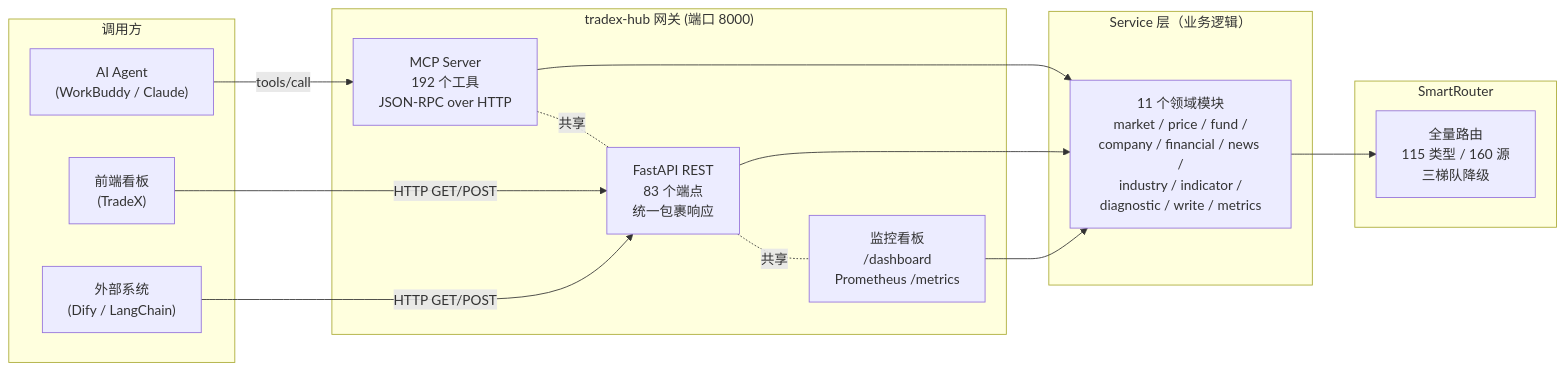
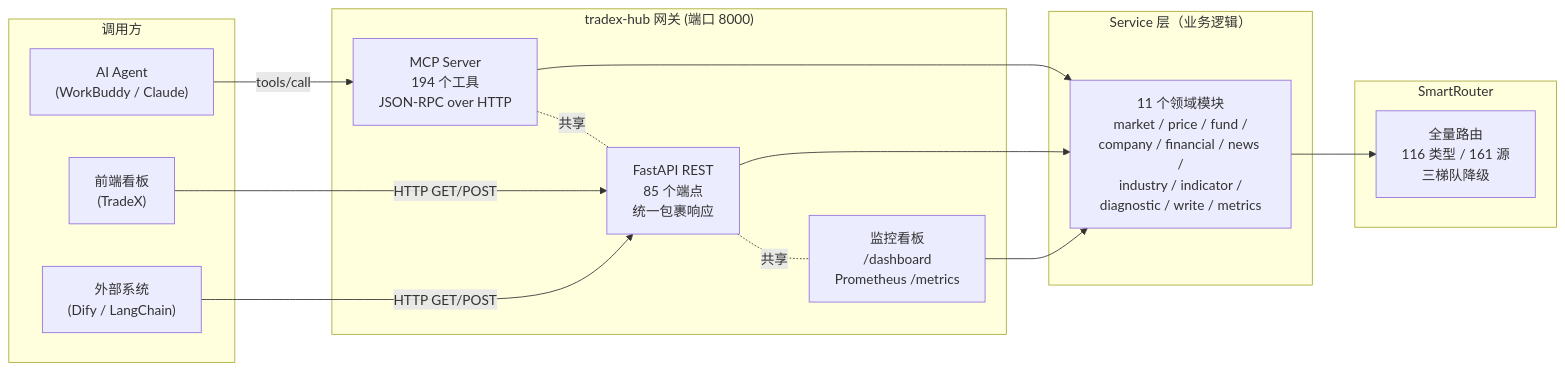
The first of 2 diagrams in README.md (wolfjkd/tradex-hub), drawn with Mermaid before and after one commit. The commit also changed other lines of this file and 18 other files, not shown here.

````diff
--- a/README.md
+++ b/README.md
@@ -100,32 +100,32 @@
 ```mermaid
 flowchart LR
     subgraph Caller["调用方"]
         A1["AI Agent<br/>(WorkBuddy / Claude)"]
         A2["前端看板<br/>(TradeX)"]
         A3["外部系统<br/>(Dify / LangChain)"]
     end
 
     subgraph Gateway["tradex-hub 网关 (端口 8000)"]
-        B1["MCP Server<br/>192 个工具<br/>JSON-RPC over HTTP"]
-        B2["FastAPI REST<br/>83 个端点<br/>统一包裹响应"]
+        B1["MCP Server<br/>194 个工具<br/>JSON-RPC over HTTP"]
+        B2["FastAPI REST<br/>85 个端点<br/>统一包裹响应"]
         B3["监控看板<br/>/dashboard<br/>Prometheus /metrics"]
         B1 -.共享.- B2
         B2 -.共享.- B3
     end
 
     subgraph Service["Service 层（业务逻辑）"]
         C1["11 个领域模块<br/>market / price / fund /<br/>company / financial / news /<br/>industry / indicator /<br/>diagnostic / write / metrics"]
     end
 
     subgraph Router["SmartRouter"]
-        D1["全量路由<br/>115 类型 / 160 源<br/>三梯队降级"]
+        D1["全量路由<br/>116 类型 / 161 源<br/>三梯队降级"]
     end
 
     A1 -->|tools/call| B1
     A2 -->|HTTP GET/POST| B2
     A3 -->|HTTP GET/POST| B2
     B1 --> C1
     B2 --> C1
     B3 --> C1
     C1 --> D1
 ```
````
